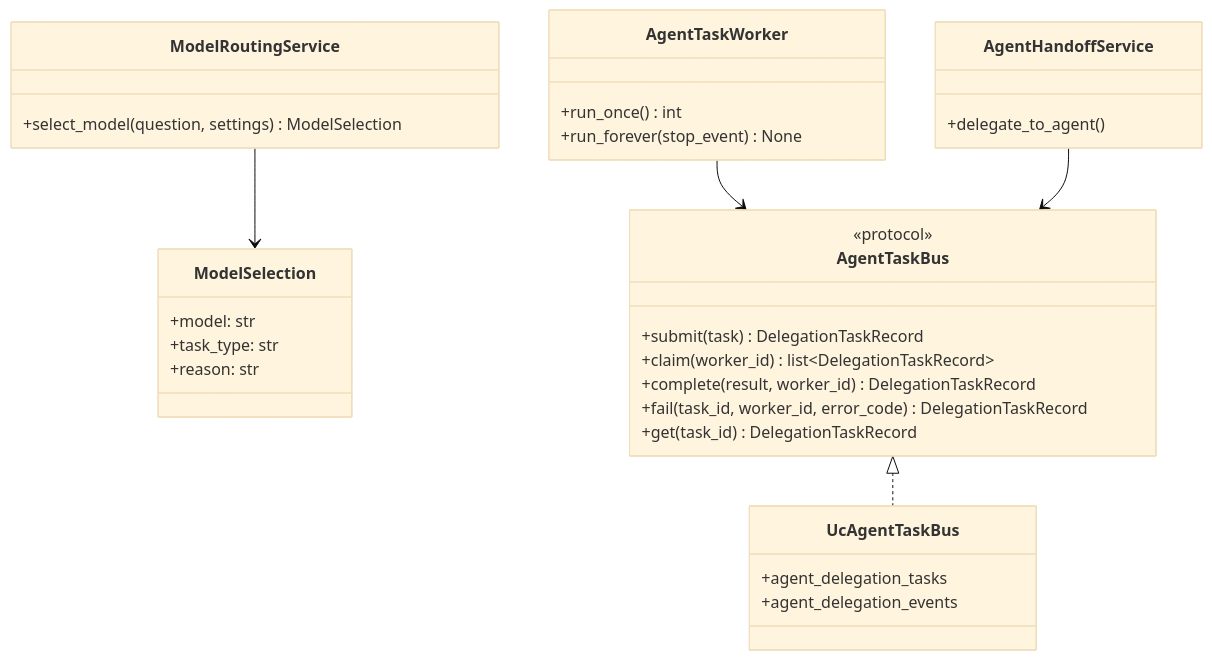
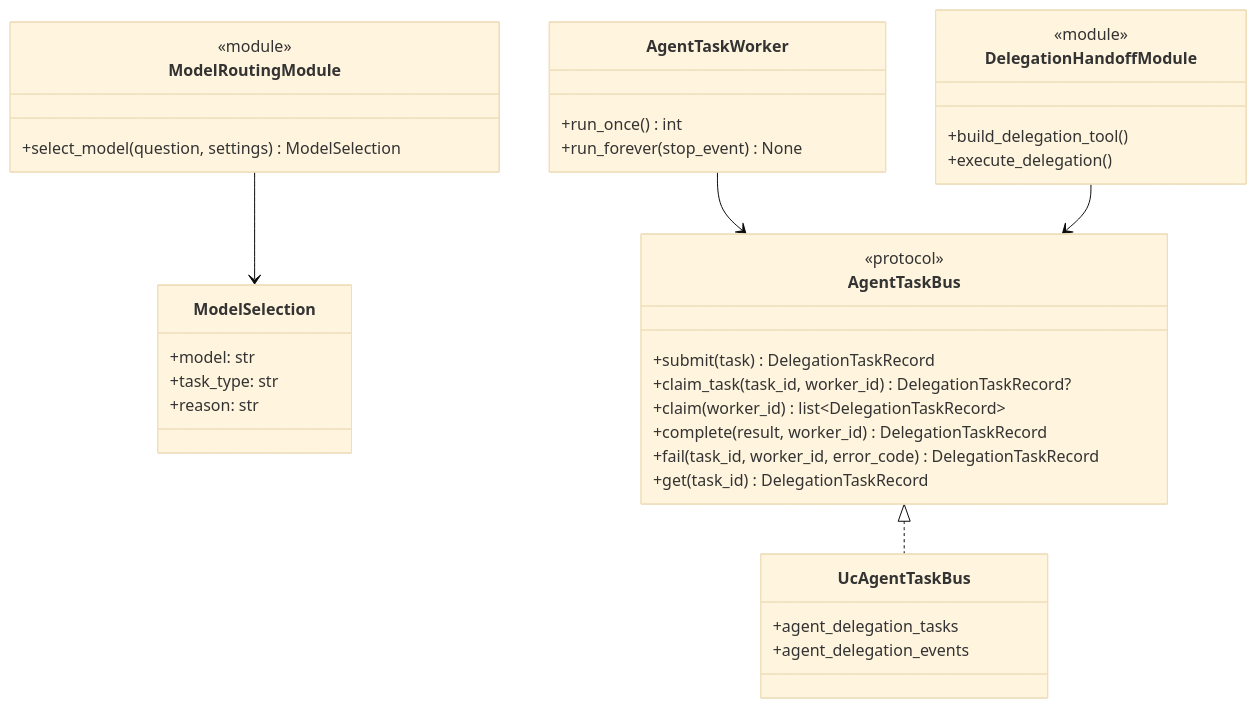
The fifth of 6 diagrams in docs/architecture/design-artifacts/08-backend-class-diagram-as-is.md (wchen-dea/Governed-Multi-Agent-Intelligence-on-Databricks), drawn with Mermaid (base theme) before and after one commit. The commit also changed other lines of this file and 114 other files, not shown here.

````diff
--- a/docs/architecture/design-artifacts/08-backend-class-diagram-as-is.md
+++ b/docs/architecture/design-artifacts/08-backend-class-diagram-as-is.md
@@ -332,34 +334,38 @@
 ```mermaid
 classDiagram
 class ModelSelection {
     +model: str
     +task_type: str
     +reason: str
 }
-class ModelRoutingService {
+class ModelRoutingModule {
+    <<module>>
     +select_model(question, settings) ModelSelection
 }
 class AgentTaskBus {
     <<protocol>>
     +submit(task) DelegationTaskRecord
+    +claim_task(task_id, worker_id) DelegationTaskRecord?
     +claim(worker_id) list~DelegationTaskRecord~
     +complete(result, worker_id) DelegationTaskRecord
     +fail(task_id, worker_id, error_code) DelegationTaskRecord
     +get(task_id) DelegationTaskRecord
 }
 class UcAgentTaskBus {
     +agent_delegation_tasks
     +agent_delegation_events
 }
 class AgentTaskWorker {
     +run_once() int
     +run_forever(stop_event) None
 }
-class AgentHandoffService {
-    +delegate_to_agent()
+class DelegationHandoffModule {
+    <<module>>
+    +build_delegation_tool()
+    +execute_delegation()
 }
-ModelRoutingService --> ModelSelection
+ModelRoutingModule --> ModelSelection
 AgentTaskBus <|.. UcAgentTaskBus
 AgentTaskWorker --> AgentTaskBus
-AgentHandoffService --> AgentTaskBus
+DelegationHandoffModule --> AgentTaskBus
 ```
````
